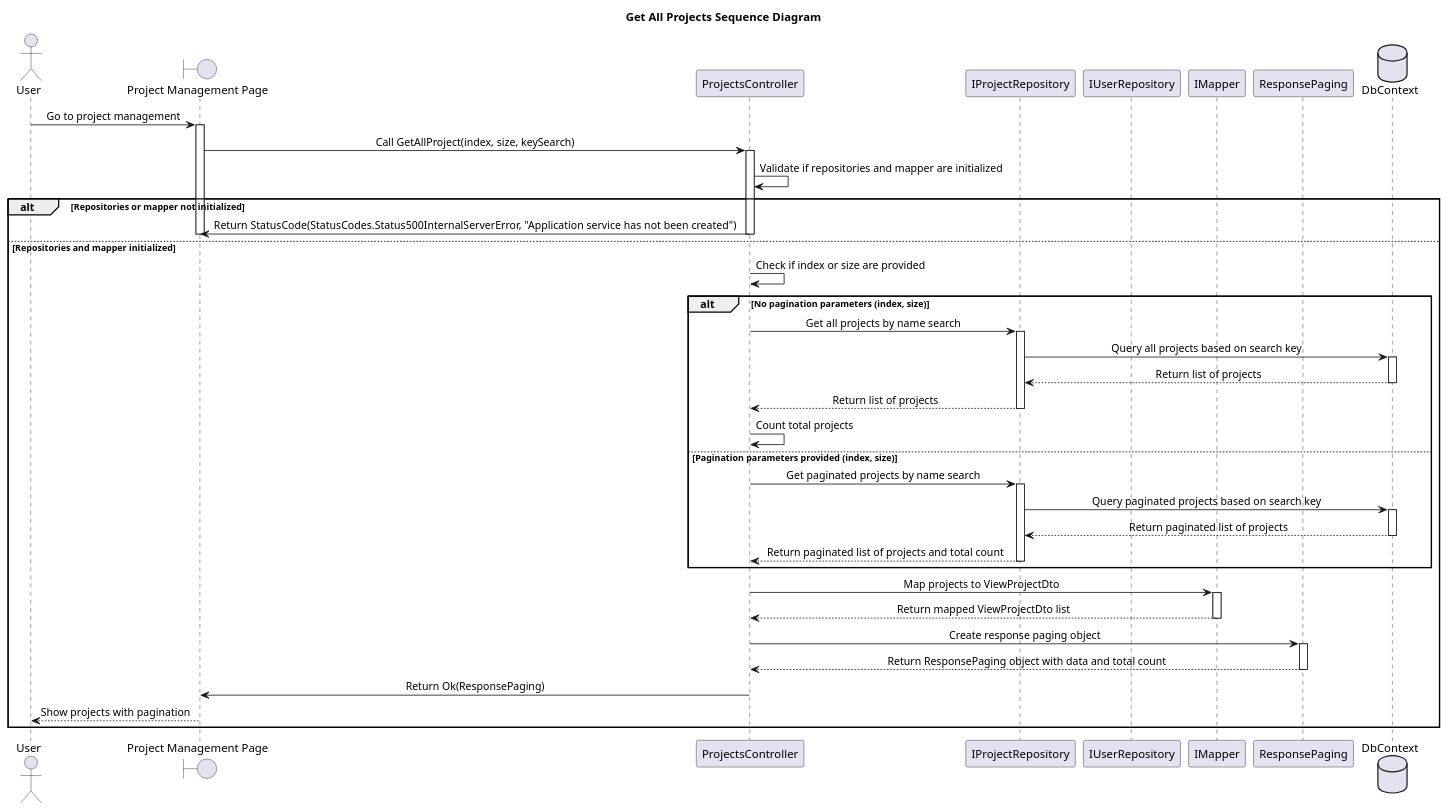
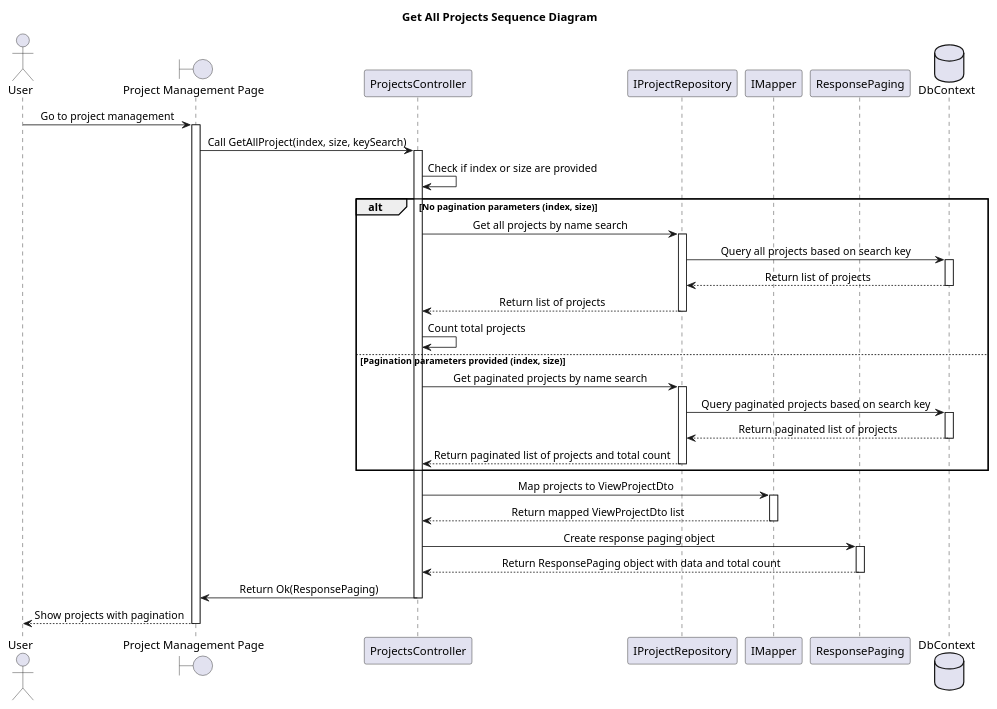
Before and after one commit to Caothuludau/InSyncDocument: the diagram in ClassDiagram/ProjectManagement/ViewListProjectSequenceDiagram.plantuml, drawn with PlantUML. The commit also changed 24 other files, not shown here.

```diff
--- a/ClassDiagram/ProjectManagement/ViewListProjectSequenceDiagram.plantuml
+++ b/ClassDiagram/ProjectManagement/ViewListProjectSequenceDiagram.plantuml
@@ -1,66 +1,60 @@
 @startuml
 skinparam classAttributeIconSize 0
 skinparam SequenceMessageAlignment center
 Title Get All Projects Sequence Diagram
 
 actor "User" as U
 boundary "Project Management Page" as PPage
 participant "ProjectsController" as ProjectsController
 participant "IProjectRepository" as IProjectRepo
-participant "IUserRepository" as IUserRepo
 participant "IMapper" as Mapper
 participant "ResponsePaging" as ResponsePaging
 database "DbContext" as DbContext
 
 
 U -> PPage : Go to project management
 activate PPage
 
 PPage -> ProjectsController : Call GetAllProject(index, size, keySearch)
 activate ProjectsController
 
-ProjectsController -> ProjectsController : Validate if repositories and mapper are initialized
-alt Repositories or mapper not initialized
-    ProjectsController -> PPage : Return StatusCode(StatusCodes.Status500InternalServerError, "Application service has not been created")
-    deactivate PPage
-    deactivate ProjectsController
-else Repositories and mapper initialized
+
     ProjectsController -> ProjectsController : Check if index or size are provided
     alt No pagination parameters (index, size)
         ProjectsController -> IProjectRepo : Get all projects by name search
         activate IProjectRepo
         IProjectRepo -> DbContext : Query all projects based on search key
         activate DbContext
         DbContext --> IProjectRepo : Return list of projects
         deactivate DbContext
         IProjectRepo --> ProjectsController : Return list of projects
         deactivate IProjectRepo
         ProjectsController -> ProjectsController : Count total projects
     else Pagination parameters provided (index, size)
         ProjectsController -> IProjectRepo : Get paginated projects by name search
         activate IProjectRepo
         IProjectRepo -> DbContext : Query paginated projects based on search key
         activate DbContext
         DbContext --> IProjectRepo : Return paginated list of projects
         deactivate DbContext
         IProjectRepo --> ProjectsController : Return paginated list of projects and total count
         deactivate IProjectRepo
     end
 
     ProjectsController -> Mapper : Map projects to ViewProjectDto
     activate Mapper
     Mapper --> ProjectsController : Return mapped ViewProjectDto list
     deactivate Mapper
 
     ProjectsController -> ResponsePaging : Create response paging object
     activate ResponsePaging
     ResponsePaging --> ProjectsController : Return ResponsePaging object with data and total count
     deactivate ResponsePaging
     ProjectsController -> PPage : Return Ok(ResponsePaging)
     deactivate ProjectsController
     PPage --> U : Show projects with pagination
     deactivate PPage
-end
+
 
 
 @enduml
```
